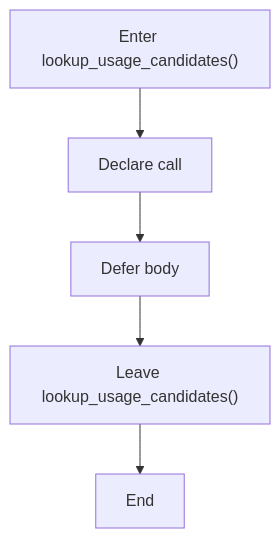
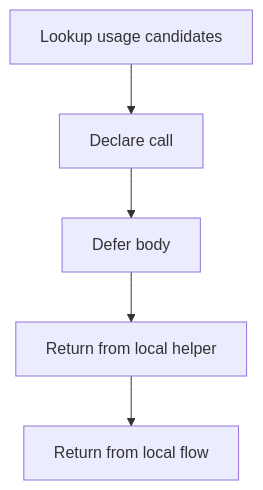
The eighth of 8 diagrams in docs/Codebase/Microservice/Modules/Header/SyntacticBrokenAST/HashingMechanism/HashLinks/Internal/Flow/parse_tree_hash_links_internal_program_flow.hpp.md (JohnAndrewBalbarosa/NeoTerritory), drawn with Mermaid before and after one commit. The commit also changed other lines of this file and 915 other files, not shown here.

````diff
--- a/docs/Codebase/Microservice/Modules/Header/SyntacticBrokenAST/HashingMechanism/HashLinks/Internal/Flow/parse_tree_hash_links_internal_program_flow.hpp.md
+++ b/docs/Codebase/Microservice/Modules/Header/SyntacticBrokenAST/HashingMechanism/HashLinks/Internal/Flow/parse_tree_hash_links_internal_program_flow.hpp.md
@@ -197,12 +197,12 @@
 ```mermaid
 flowchart TD
-    N0["Enter lookup_usage_candidates()"]
+    N0["Lookup usage candidates"]
     N1["Declare call"]
     N2["Defer body"]
-    N3["Leave lookup_usage_candidates()"]
-    N4["End"]
+    N3["Return from local helper"]
+    N4["Return from local flow"]
     N0 --> N1
     N1 --> N2
     N2 --> N3
     N3 --> N4
 ```
````
